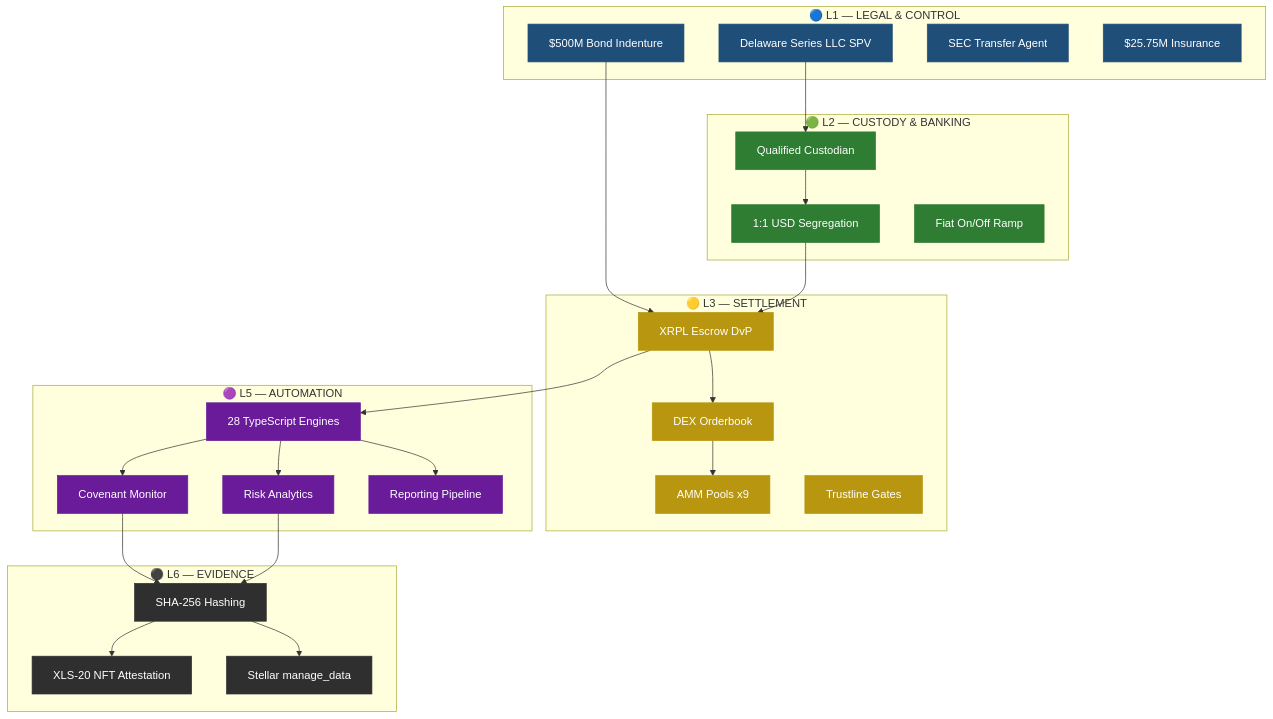
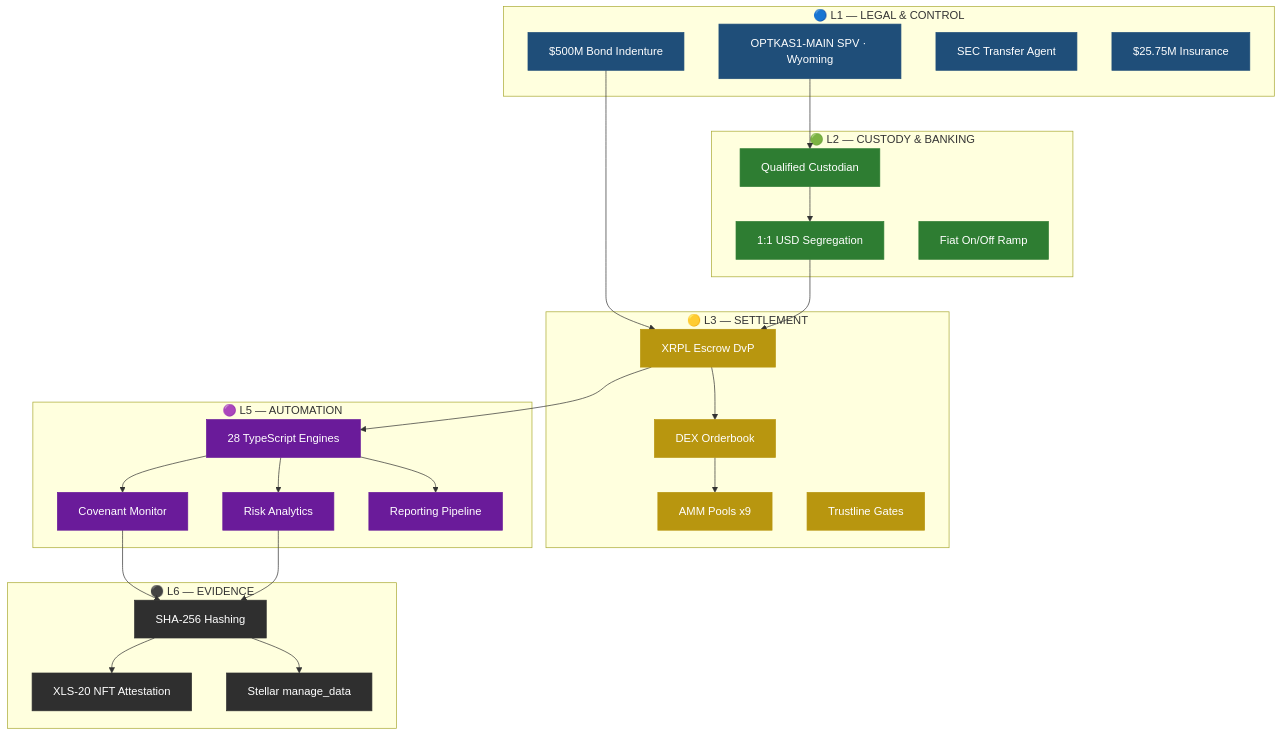
Before and after one commit to FTHTrading/optkas-manual: the first of 6 diagrams in README.md, drawn with Mermaid. The commit also changed other lines of this file and 11 other files, not shown here.

````diff
--- a/README.md
+++ b/README.md
@@ -106,69 +108,69 @@
 ```mermaid
 graph TB
     subgraph "🔵 L1 — LEGAL & CONTROL"
-        L1A[Delaware Series LLC SPV]
+        L1A[OPTKAS1-MAIN SPV · Wyoming]
         L1B[$500M Bond Indenture]
         L1C[SEC Transfer Agent]
         L1D[$25.75M Insurance]
     end
     
     subgraph "🟢 L2 — CUSTODY & BANKING"
         L2A[Qualified Custodian]
         L2B[1:1 USD Segregation]
         L2C[Fiat On/Off Ramp]
     end
     
     subgraph "🟡 L3 — SETTLEMENT"
         L3A[XRPL Escrow DvP]
         L3B[DEX Orderbook]
         L3C[AMM Pools x9]
         L3D[Trustline Gates]
     end
     
     subgraph "🟣 L5 — AUTOMATION"
         L5A[28 TypeScript Engines]
         L5B[Covenant Monitor]
         L5C[Risk Analytics]
         L5D[Reporting Pipeline]
     end
     
     subgraph "⚫ L6 — EVIDENCE"
         L6A[SHA-256 Hashing]
         L6B[XLS-20 NFT Attestation]
         L6C[Stellar manage_data]
     end
     
     L1A --> L2A
     L1B --> L3A
     L2A --> L2B
     L2B --> L3A
     L3A --> L3B
     L3B --> L3C
     L3A --> L5A
     L5A --> L5B
     L5A --> L5C
     L5A --> L5D
     L5B --> L6A
     L5C --> L6A
     L6A --> L6B
     L6A --> L6C
     
     style L1A fill:#1f4e79,stroke:#1f4e79,color:#fff
     style L1B fill:#1f4e79,stroke:#1f4e79,color:#fff
     style L1C fill:#1f4e79,stroke:#1f4e79,color:#fff
     style L1D fill:#1f4e79,stroke:#1f4e79,color:#fff
     style L2A fill:#2e7d32,stroke:#2e7d32,color:#fff
     style L2B fill:#2e7d32,stroke:#2e7d32,color:#fff
     style L2C fill:#2e7d32,stroke:#2e7d32,color:#fff
     style L3A fill:#b8960f,stroke:#b8960f,color:#fff
     style L3B fill:#b8960f,stroke:#b8960f,color:#fff
     style L3C fill:#b8960f,stroke:#b8960f,color:#fff
     style L3D fill:#b8960f,stroke:#b8960f,color:#fff
     style L5A fill:#6a1b9a,stroke:#6a1b9a,color:#fff
     style L5B fill:#6a1b9a,stroke:#6a1b9a,color:#fff
     style L5C fill:#6a1b9a,stroke:#6a1b9a,color:#fff
     style L5D fill:#6a1b9a,stroke:#6a1b9a,color:#fff
     style L6A fill:#2f2f2f,stroke:#2f2f2f,color:#fff
     style L6B fill:#2f2f2f,stroke:#2f2f2f,color:#fff
     style L6C fill:#2f2f2f,stroke:#2f2f2f,color:#fff
 ```
````
